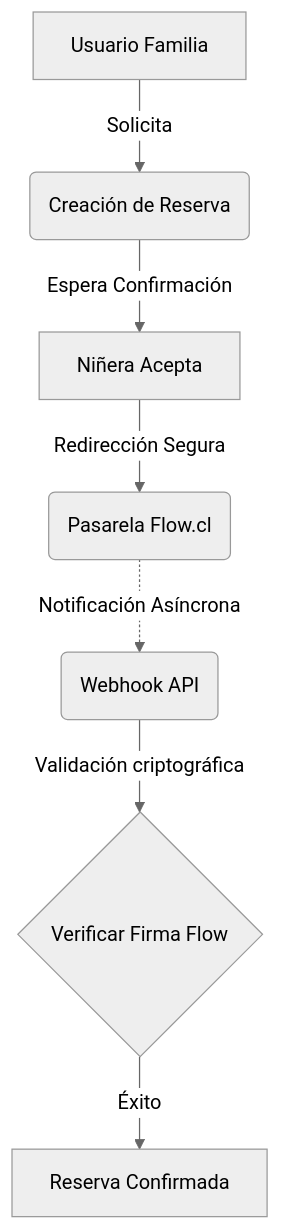
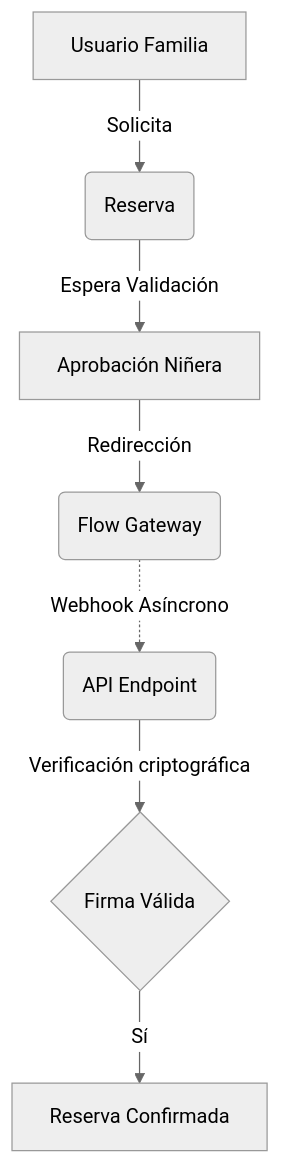
Before and after one commit to nicvroyz/nannyconnect: the second of 2 diagrams in README.md, drawn with Mermaid (neutral theme). The commit also changed other lines of this file, not shown here.

````diff
--- a/README.md
+++ b/README.md
@@ -44,9 +66,9 @@
 ```mermaid
 graph TD
-    A[Usuario Familia] -->|Solicita| B(Creación de Reserva)
-    B -->|Espera Confirmación| C[Niñera Acepta]
-    C -->|Redirección Segura| D(Pasarela Flow.cl)
-    D -.->|Notificación Asíncrona| E(Webhook API)
-    E -->|Validación criptográfica| F{Verificar Firma Flow}
-    F -->|Éxito| G[Reserva Confirmada]
+    A[Usuario Familia] -->|Solicita| B(Reserva)
+    B -->|Espera Validación| C[Aprobación Niñera]
+    C -->|Redirección| D(Flow Gateway)
+    D -.->|Webhook Asíncrono| E(API Endpoint)
+    E -->|Verificación criptográfica| F{Firma Válida}
+    F -->|Sí| G[Reserva Confirmada]
 ```
````
